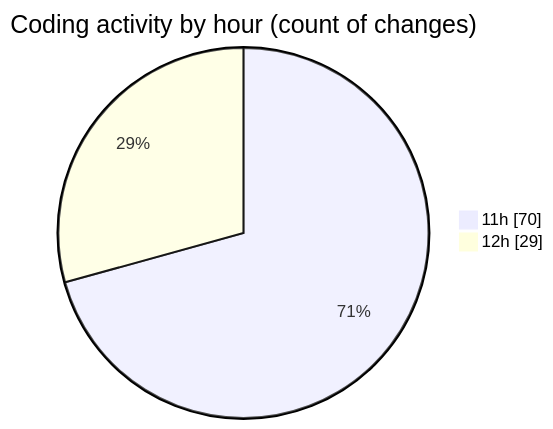
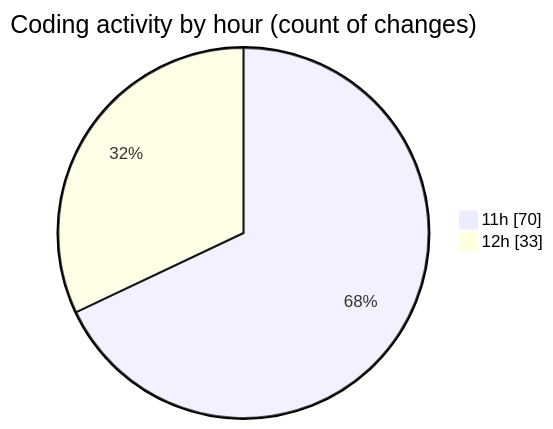
The second of 2 diagrams in 2025-12-24/nxtqube_webapp/README.md (nxtqubesakshisongat/code-tracking), drawn with Mermaid before and after one commit. The commit also changed other lines of this file and 1 other file, not shown here.

````diff
--- a/2025-12-24/nxtqube_webapp/README.md
+++ b/2025-12-24/nxtqube_webapp/README.md
@@ -28,6 +30,6 @@
 ```mermaid
 pie showData
 title Coding activity by hour (count of changes)
 "11h" : 70
-"12h" : 29
+"12h" : 33
 ```
````
